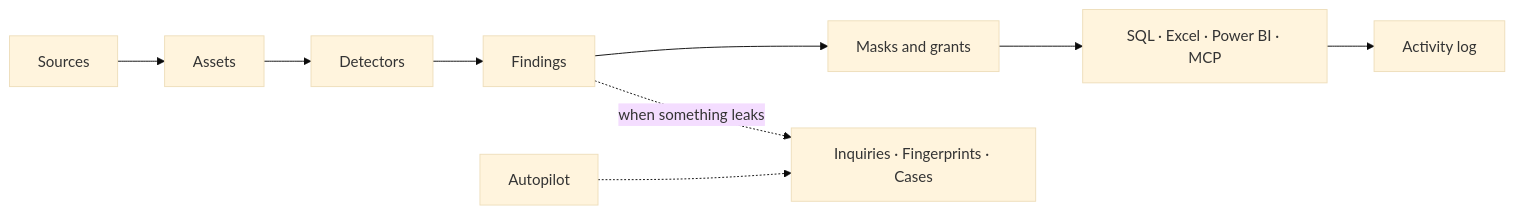
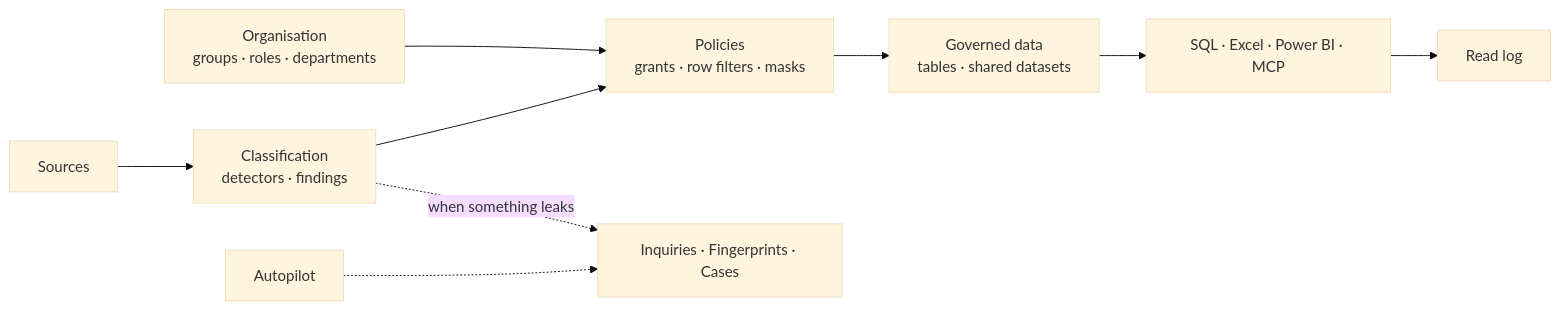
Before and after one commit to classifyre/classifyre: the diagram in README.md, drawn with Mermaid (base theme). The commit also changed other lines of this file and 127 other files, not shown here.

````diff
--- a/README.md
+++ b/README.md
@@ -51,13 +52,12 @@
 ```mermaid
 flowchart LR
-    A[Sources] --> B[Assets]
-    B --> C[Detectors]
-    C --> D[Findings]
+    O["Organisation<br/>groups · roles · departments"] --> P["Policies<br/>grants · row filters · masks"]
+    S[Sources] --> C["Classification<br/>detectors · findings"]
+    C --> P
+    P --> D["Governed data<br/>tables · shared datasets"]
+    D --> T["SQL · Excel · Power BI · MCP"]
+    T --> L[Read log]
 
-    D --> E[Masks and grants]
-    E --> F["SQL · Excel · Power BI · MCP"]
-    F --> G[Activity log]
-
-    D -.->|when something leaks| H["Inquiries · Fingerprints · Cases"]
+    C -.->|when something leaks| H["Inquiries · Fingerprints · Cases"]
     I[Autopilot] -.-> H
 ```
````
